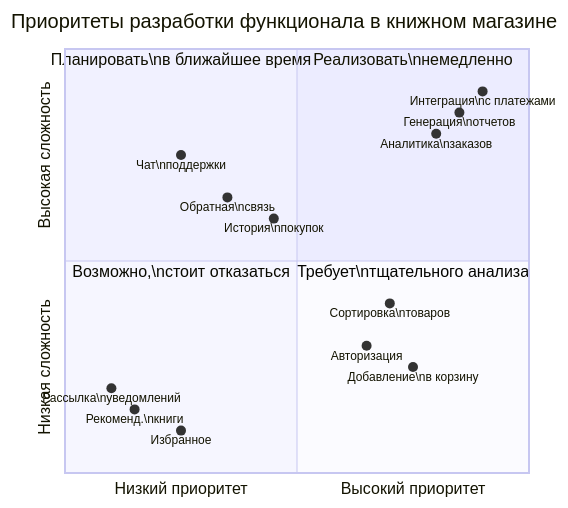
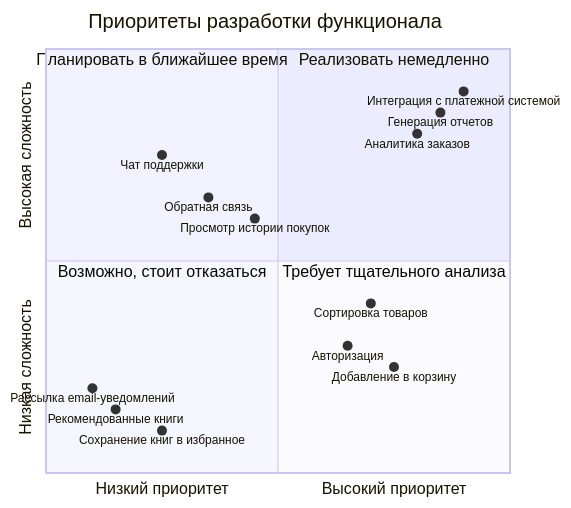
One commit to akneshoot/ShopWeb changed the third of 3 diagrams in README.md. Above: the diagram before and after it, drawn with Mermaid.

````diff
--- a/README.md
+++ b/README.md
@@ -79,22 +79,23 @@
 ```mermaid
 quadrantChart
-    title Приоритеты разработки функционала в книжном магазине
+    title Приоритеты разработки функционала
     x-axis "Низкий приоритет" --> "Высокий приоритет"
     y-axis "Низкая сложность" --> "Высокая сложность"
-    quadrant-1 "Реализовать\nнемедленно"
-    quadrant-2 "Планировать\nв ближайшее время"
-    quadrant-3 "Возможно,\nстоит отказаться"
-    quadrant-4 "Требует\nтщательного анализа"
-    "Чат\nподдержки": [0.25, 0.75]
-    "Обратная\nсвязь": [0.35, 0.65]
-    "История\nпокупок": [0.45, 0.60]
-    "Генерация\nотчетов": [0.85, 0.85]
-    "Аналитика\nзаказов": [0.80, 0.80]
-    "Интеграция\nс платежами": [0.90, 0.90]
-    "Добавление\nв корзину": [0.75, 0.25]
+    quadrant-1 "Реализовать немедленно"
+    quadrant-2 "Планировать в ближайшее время"
+    quadrant-3 "Возможно, стоит отказаться"
+    quadrant-4 "Требует тщательного анализа"
+    "Чат поддержки": [0.25, 0.75]
+    "Обратная связь": [0.35, 0.65]
+    "Просмотр истории покупок": [0.45, 0.60]
+    "Генерация отчетов": [0.85, 0.85]
+    "Аналитика заказов": [0.80, 0.80]
+    "Интеграция с платежной системой": [0.90, 0.90]
+    "Добавление в корзину": [0.75, 0.25]
     "Авторизация": [0.65, 0.30]
-    "Сортировка\nтоваров": [0.70, 0.40]
-    "Рекоменд.\nкниги": [0.15, 0.15]
-    "Избранное": [0.25, 0.10]
-    "Рассылка\nуведомлений": [0.10, 0.20]
+    "Сортировка товаров": [0.70, 0.40]
+    "Рекомендованные книги": [0.15, 0.15]
+    "Сохранение книг в избранное": [0.25, 0.10]
+    "Рассылка email-уведомлений": [0.10, 0.20]
+
 ```
````
